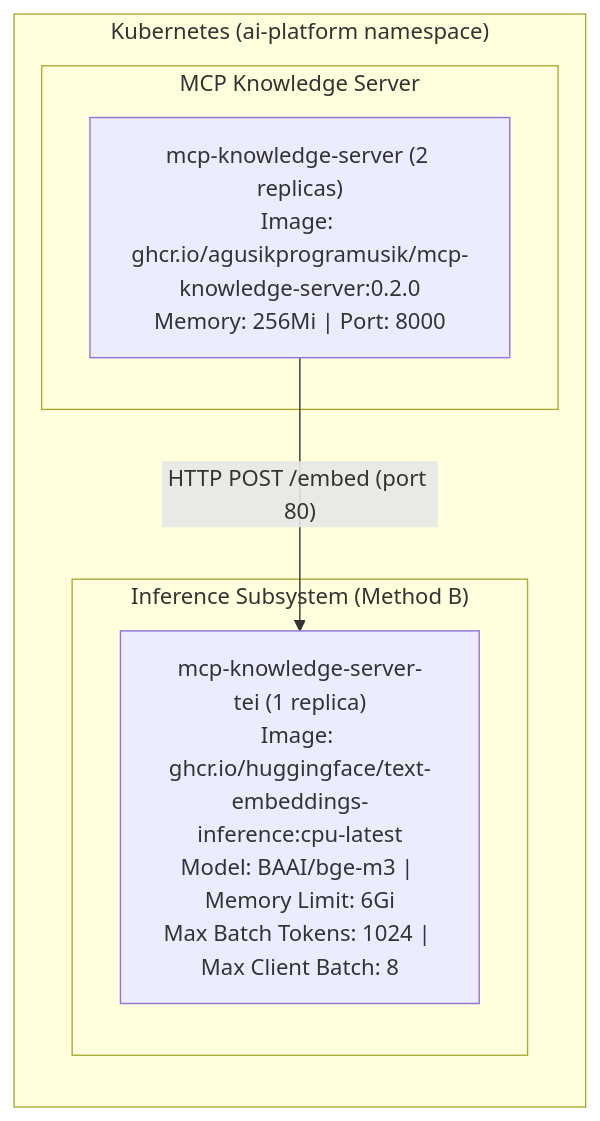
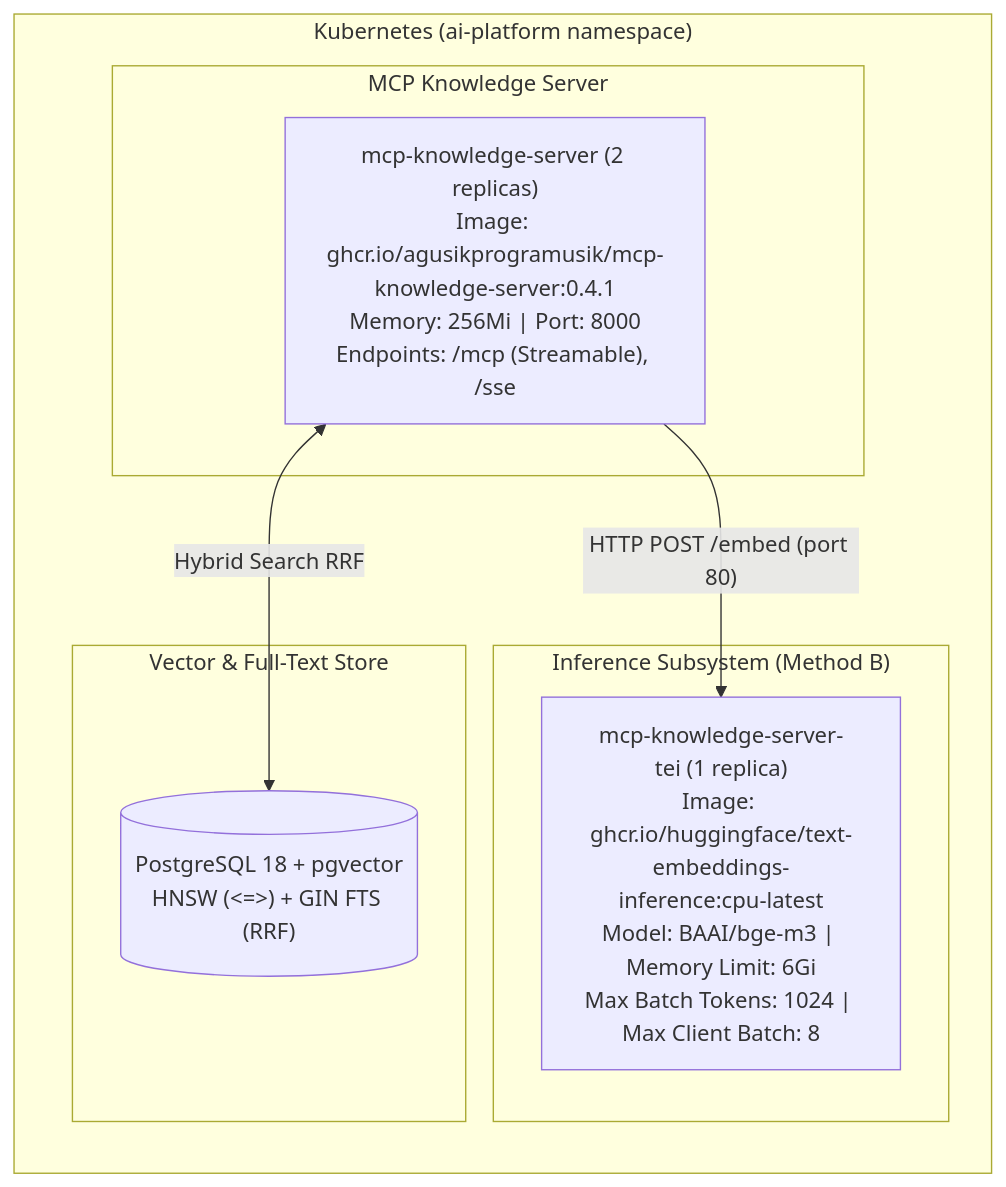
Before and after one commit to agusikprogramusik/devops: the second of 2 diagrams in README.md, drawn with Mermaid. The commit also changed other lines of this file, not shown here.

Commit message:
docs(readme): update mcp-knowledge-server chart documentation to v0.4.1

````diff
--- a/README.md
+++ b/README.md
@@ -116,12 +116,16 @@
 ```mermaid
 flowchart LR
     subgraph K8s["Kubernetes (ai-platform namespace)"]
         subgraph Serving["MCP Knowledge Server"]
-            MCP["mcp-knowledge-server (2 replicas)\nImage: ghcr.io/agusikprogramusik/mcp-knowledge-server:0.2.0\nMemory: 256Mi | Port: 8000"]
+            MCP["mcp-knowledge-server (2 replicas)\nImage: ghcr.io/agusikprogramusik/mcp-knowledge-server:0.4.1\nMemory: 256Mi | Port: 8000\nEndpoints: /mcp (Streamable), /sse"]
         end
         subgraph Inference["Inference Subsystem (Method B)"]
             TEI["mcp-knowledge-server-tei (1 replica)\nImage: ghcr.io/huggingface/text-embeddings-inference:cpu-latest\nModel: BAAI/bge-m3 | Memory Limit: 6Gi\nMax Batch Tokens: 1024 | Max Client Batch: 8"]
         end
+        subgraph Storage["Vector & Full-Text Store"]
+            PG[("PostgreSQL 18 + pgvector\nHNSW (<=>) + GIN FTS (RRF)")]
+        end
         MCP -->|"HTTP POST /embed (port 80)"| TEI
+        MCP <-->|"Hybrid Search RRF"| PG
     end
 ```
````
